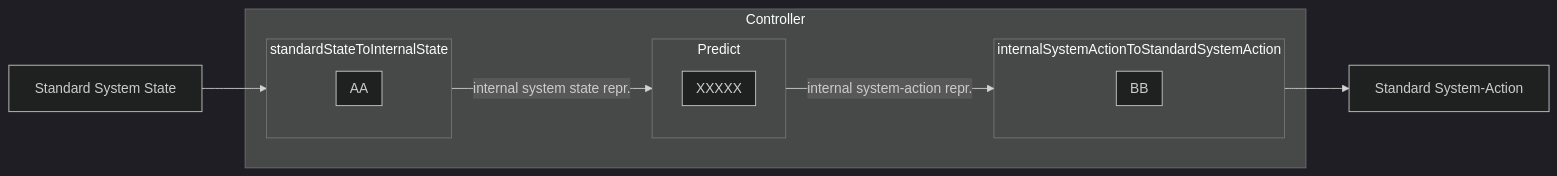
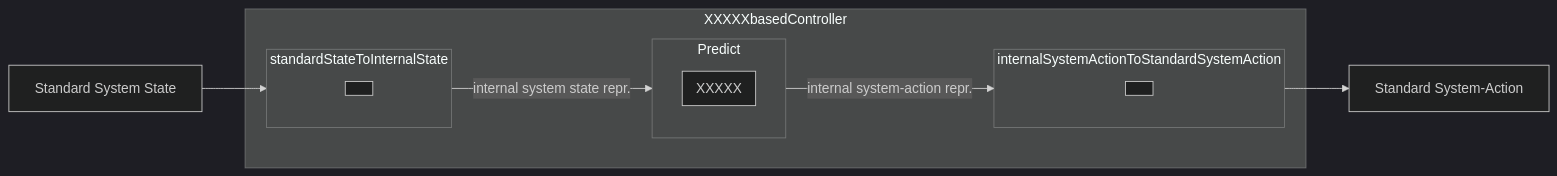
The fourth of 4 diagrams in README.md (TW-Robotics/SAMYControl), drawn with Mermaid (dark theme) before and after one commit.

````diff
--- a/README.md
+++ b/README.md
@@ -45,22 +45,22 @@
 ```mermaid
 flowchart LR
-  subgraph Controller
+  subgraph XXXXXbasedController
 	subgraph standardStateToInternalState
-	    subgraph AA
+	    subgraph   
 	    end
 	end
         subgraph Predict
             subgraph XXXXX
 	    end
         end
 	subgraph internalSystemActionToStandardSystemAction
-	    subgraph BB
+	    subgraph   
 	    end
         end
   end
   A[Standard System State] --> standardStateToInternalState
   standardStateToInternalState -- internal system state repr. --> Predict
   Predict -- internal system-action repr. --> internalSystemActionToStandardSystemAction
   internalSystemActionToStandardSystemAction --> B[Standard System-Action]
 
 ```
````
